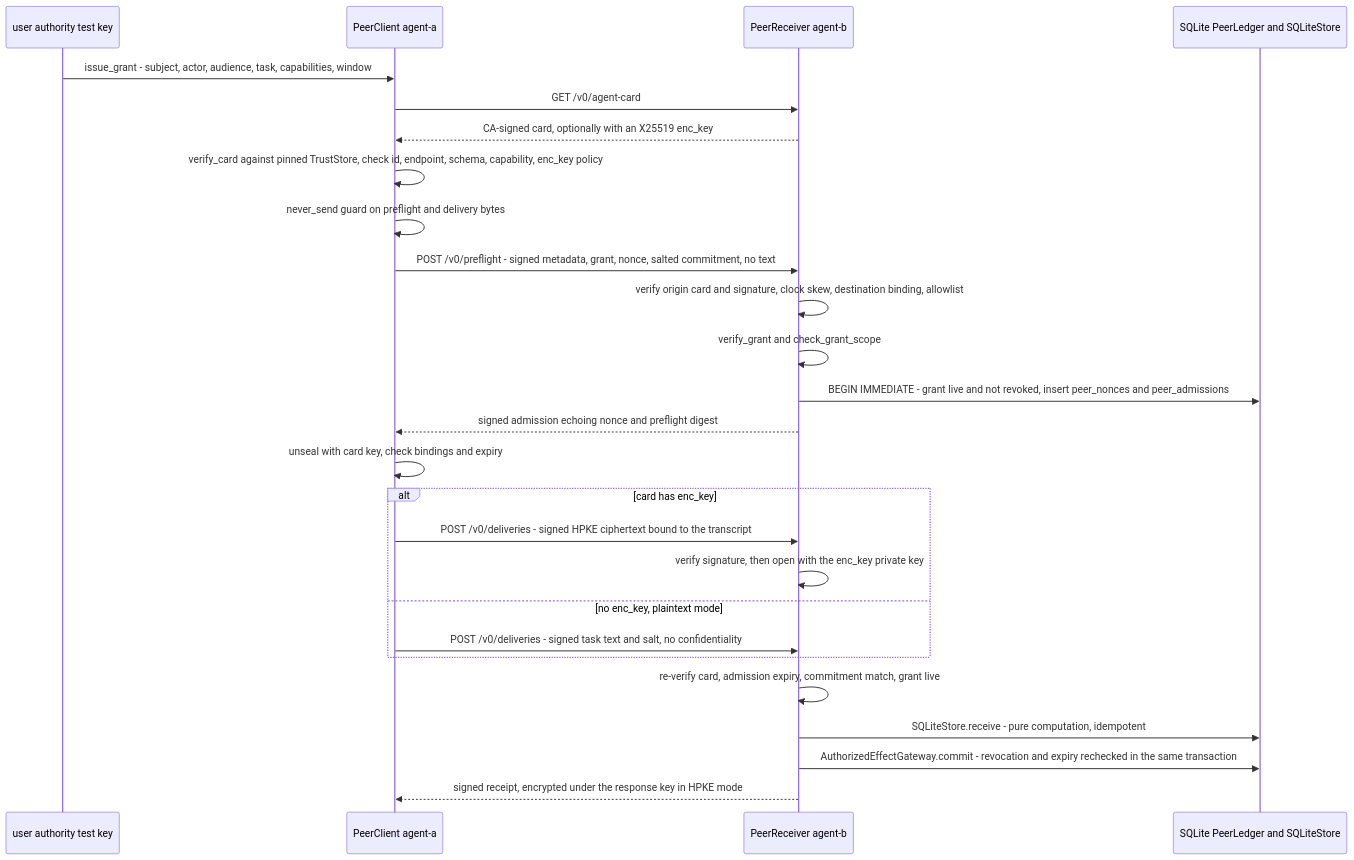
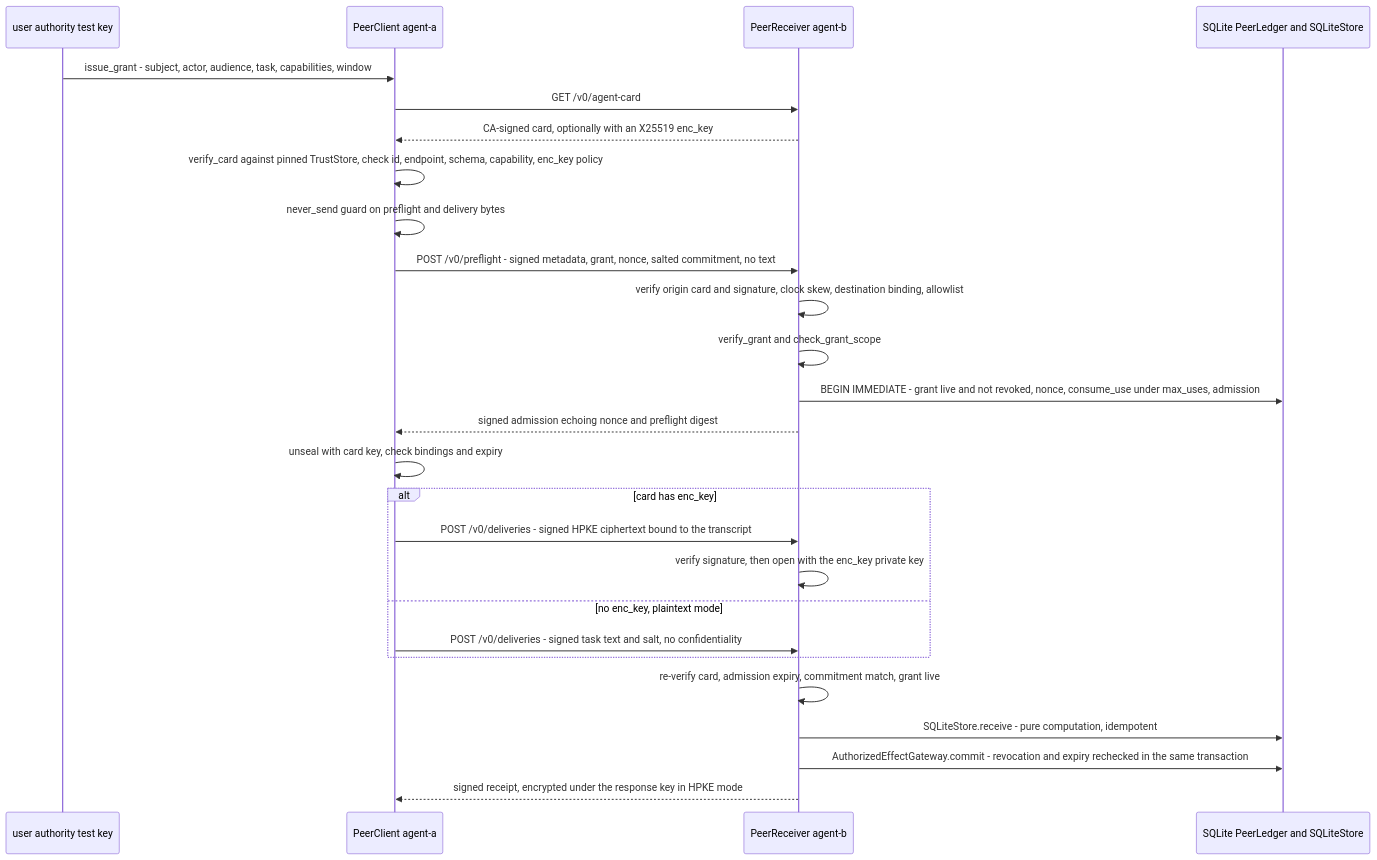
Before and after one commit to MSKazemi/agent-movement: the fourth of 9 diagrams in docs/architecture.md, drawn with Mermaid. The commit also changed other lines of this file, not shown here.

First line of the commit message:
docs: architecture for counted grants, per-sender keys, live receipts, reconciliation, optional bench modes

````diff
--- a/docs/architecture.md
+++ b/docs/architecture.md
@@ -206,28 +232,28 @@
 ```mermaid
 sequenceDiagram
     participant U as user authority test key
     participant O as PeerClient agent-a
     participant B as PeerReceiver agent-b
     participant D as SQLite PeerLedger and SQLiteStore
     U->>O: issue_grant - subject, actor, audience, task, capabilities, window
     O->>B: GET /v0/agent-card
     B-->>O: CA-signed card, optionally with an X25519 enc_key
     O->>O: verify_card against pinned TrustStore, check id, endpoint, schema, capability, enc_key policy
     O->>O: never_send guard on preflight and delivery bytes
     O->>B: POST /v0/preflight - signed metadata, grant, nonce, salted commitment, no text
     B->>B: verify origin card and signature, clock skew, destination binding, allowlist
     B->>B: verify_grant and check_grant_scope
-    B->>D: BEGIN IMMEDIATE - grant live and not revoked, insert peer_nonces and peer_admissions
+    B->>D: BEGIN IMMEDIATE - grant live and not revoked, nonce, consume_use under max_uses, admission
     B-->>O: signed admission echoing nonce and preflight digest
     O->>O: unseal with card key, check bindings and expiry
     alt card has enc_key
         O->>B: POST /v0/deliveries - signed HPKE ciphertext bound to the transcript
         B->>B: verify signature, then open with the enc_key private key
     else no enc_key, plaintext mode
         O->>B: POST /v0/deliveries - signed task text and salt, no confidentiality
     end
     B->>B: re-verify card, admission expiry, commitment match, grant live
     B->>D: SQLiteStore.receive - pure computation, idempotent
     B->>D: AuthorizedEffectGateway.commit - revocation and expiry rechecked in the same transaction
     B-->>O: signed receipt, encrypted under the response key in HPKE mode
 ```
````
